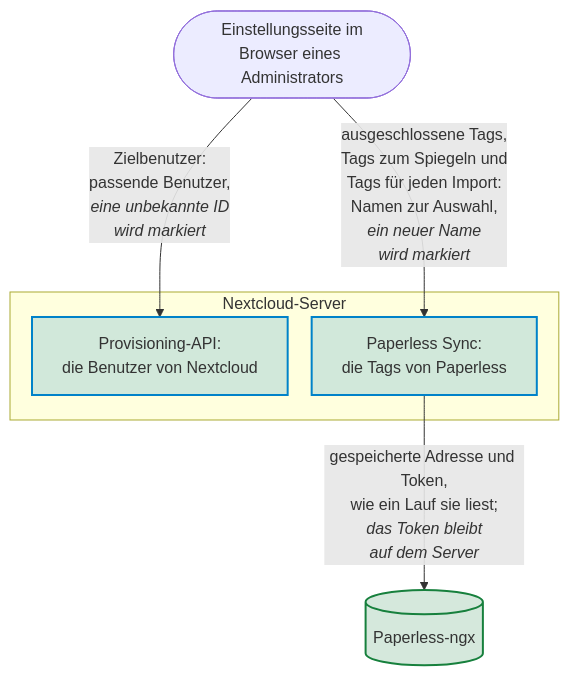
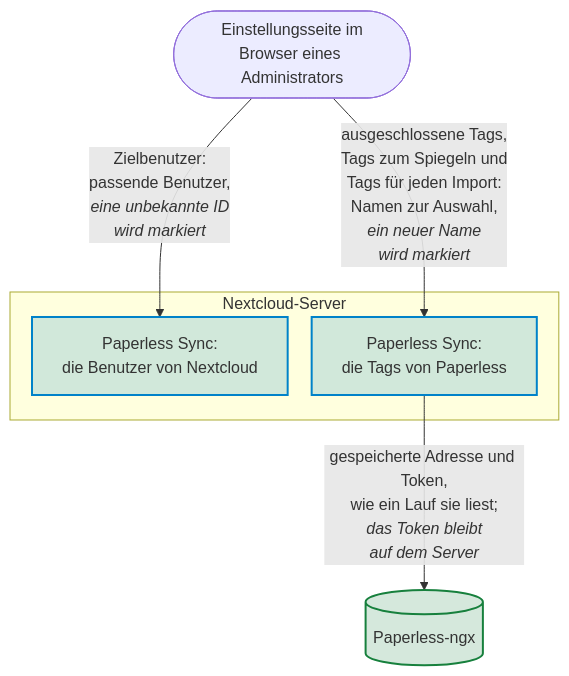
One commit to Dennis-Otto/paperless-sync changed the diagram in docs/diagrams/where-the-pickers-of-the-settings-take-their-names-from.de.mmd. Above: the diagram before and after it, drawn with Mermaid. The commit also changed 35 other files, not shown here.

First line of the commit message:
feat(settings): let administrators delegate the settings of Paperless Sync to a group (#315)

```diff
--- a/docs/diagrams/where-the-pickers-of-the-settings-take-their-names-from.de.mmd
+++ b/docs/diagrams/where-the-pickers-of-the-settings-take-their-names-from.de.mmd
@@ -1,24 +1,24 @@
 ---
 config:
   flowchart:
     nodeSpacing: 24
 ---
 flowchart TB
     accTitle: Woher die Auswahlfelder der Einstellungen ihre Namen nehmen
-    accDescr: Das Feld des Zielbenutzers fragt die Provisioning-API von Nextcloud nach den Benutzern, deren ID, Name oder E-Mail-Adresse das Getippte enthält, und nach der Benutzer-ID im Feld, die es markiert, wenn Nextcloud keinen solchen Benutzer hat. Die Felder der ausgeschlossenen Tags, der Tags zum Spiegeln und der Tags für jeden Import fragen Paperless Sync, das die Tags mit der gespeicherten Adresse und dem gespeicherten API-Token aus Paperless-ngx liest, wie ein Lauf es tut; das Token bleibt auf dem Server. Ein Name, zu dem Paperless keinen Tag hat, lässt sich ebenfalls hinzufügen und wird als nicht in Paperless markiert.
+    accDescr: Das Feld des Zielbenutzers fragt Paperless Sync nach den Benutzern von Nextcloud, deren ID, Name oder E-Mail-Adresse das Getippte enthält, und nach der Benutzer-ID im Feld, die es markiert, wenn Nextcloud keinen solchen Benutzer hat. Die Felder der ausgeschlossenen Tags, der Tags zum Spiegeln und der Tags für jeden Import fragen Paperless Sync, das die Tags mit der gespeicherten Adresse und dem gespeicherten API-Token aus Paperless-ngx liest, wie ein Lauf es tut; das Token bleibt auf dem Server. Ein Name, zu dem Paperless keinen Tag hat, lässt sich ebenfalls hinzufügen und wird als nicht in Paperless markiert.
 
     page(["Einstellungsseite im<br>Browser eines Administrators"])
     subgraph nextcloud ["Nextcloud-Server"]
-        users["Provisioning-API:<br>die Benutzer von Nextcloud"]
+        users["Paperless Sync:<br>die Benutzer von Nextcloud"]
         app["Paperless Sync:<br>die Tags von Paperless"]
     end
     paperless[("Paperless-ngx")]
 
     page -- "`Zielbenutzer:<br>passende Benutzer,<br>*eine unbekannte ID<br>wird markiert*`" --> users
     page -- "`ausgeschlossene Tags,<br>Tags zum Spiegeln und<br>Tags für jeden Import:<br>Namen zur Auswahl,<br>*ein neuer Name<br>wird markiert*`" --> app
     app -- "`gespeicherte Adresse und Token,<br>wie ein Lauf sie liest;<br>*das Token bleibt<br>auf dem Server*`" --> paperless
 
     classDef paperless fill:#17803d2e,stroke:#17803d,stroke-width:2px
     classDef nextcloud fill:#0082c92e,stroke:#0082c9,stroke-width:2px
     class paperless paperless
     class users,app nextcloud
```
